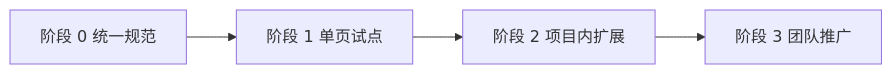
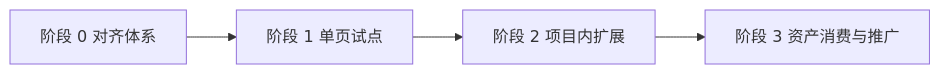
One commit to clarence1026/Spec-Driven-Development changed the diagram in docs/09-试点与落地实施指南.md. Above: the diagram before and after it, drawn with Mermaid. The commit also changed other lines of this file and 16 other files, not shown here.

````diff
--- a/docs/09-试点与落地实施指南.md
+++ b/docs/09-试点与落地实施指南.md
@@ -11,6 +16,6 @@
 ```mermaid
 flowchart LR
-    A[阶段 0 统一规范] --> B[阶段 1 单页试点]
+    A[阶段 0 对齐体系] --> B[阶段 1 单页试点]
     B --> C[阶段 2 项目内扩展]
-    C --> D[阶段 3 团队推广]
+    C --> D[阶段 3 资产消费与推广]
 ```
````
